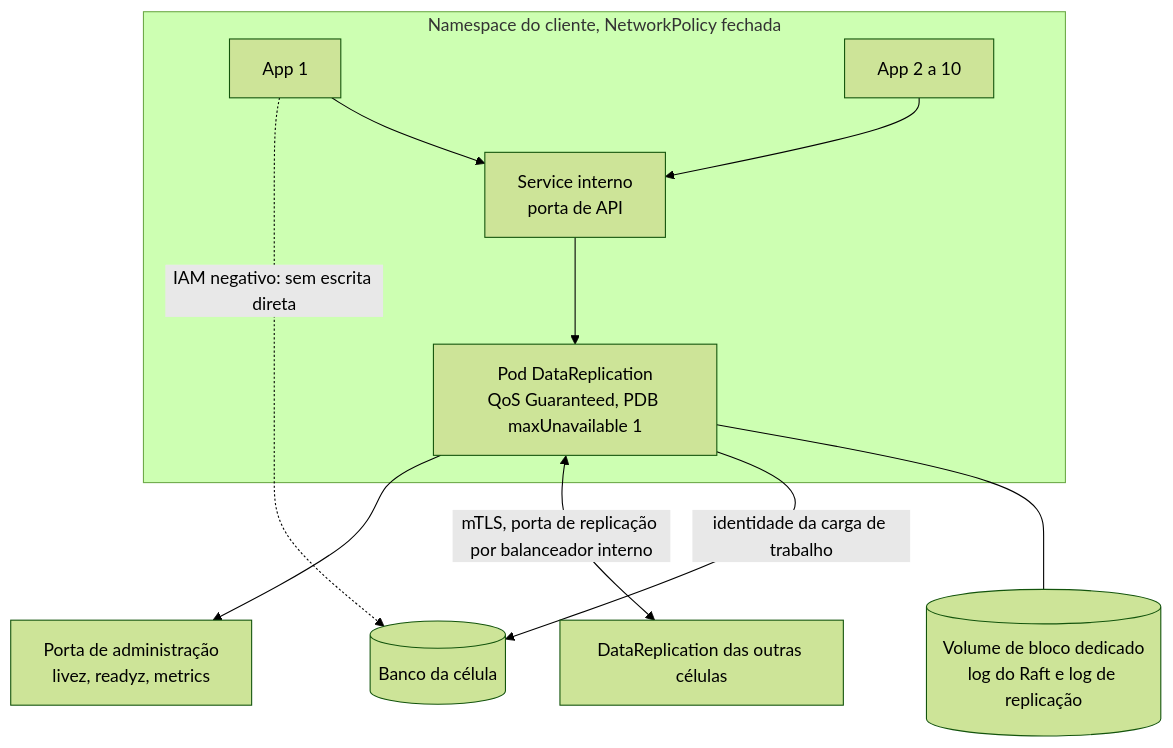
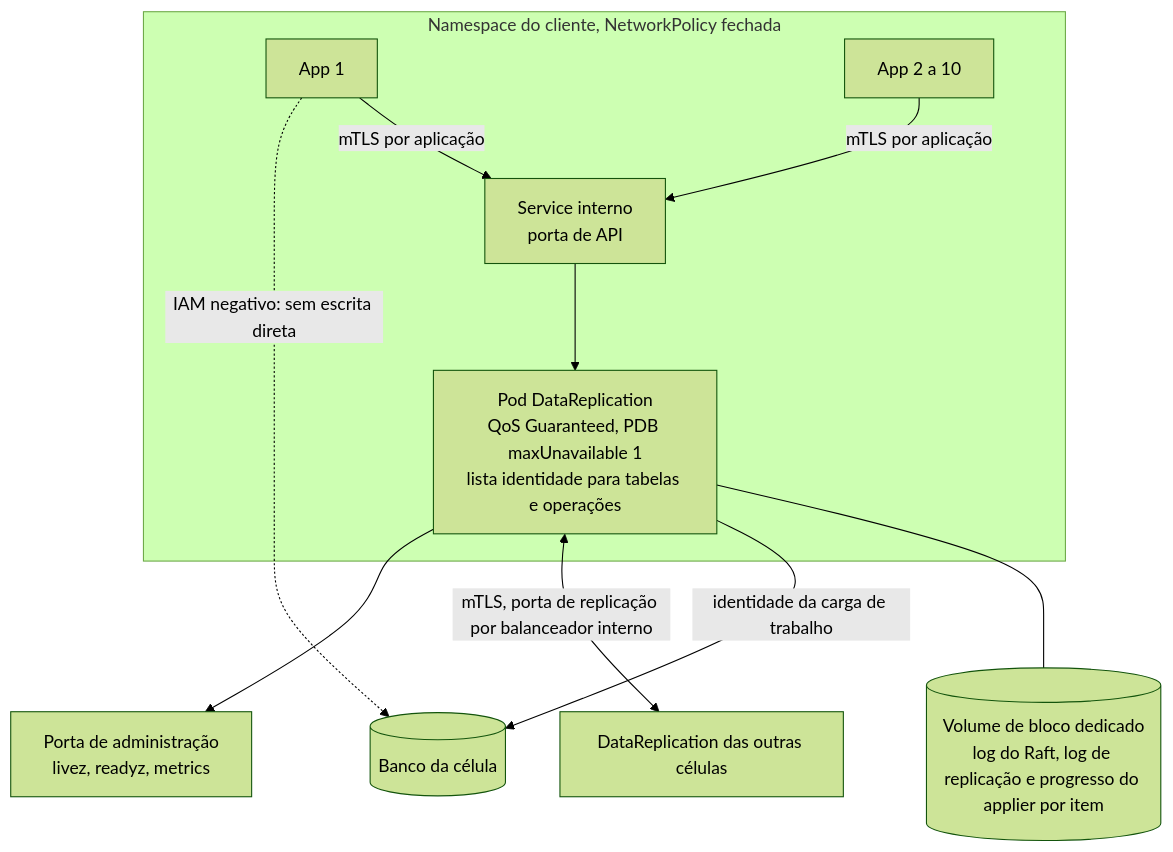
One commit to brbarmex/k changed the diagram in 04_diagramas/D02-implantacao-da-celula.md. Above: the diagram before and after it, drawn with Mermaid (forest theme). The commit also changed other lines of this file and 139 other files, not shown here.

First line of the commit message:
Adiciona DataReplication v1: pacote de arquitetura com as decisões da revisão crítica de 13/10

````diff
--- a/04_diagramas/D02-implantacao-da-celula.md
+++ b/04_diagramas/D02-implantacao-da-celula.md
@@ -9,13 +9,13 @@
 ```mermaid
 flowchart TD
     subgraph NS["Namespace do cliente, NetworkPolicy fechada"]
-        A1["App 1"] --> SVC["Service interno<br/>porta de API"]
-        A2["App 2 a 10"] --> SVC
-        SVC --> POD["Pod DataReplication<br/>QoS Guaranteed, PDB maxUnavailable 1"]
+        A1["App 1"] -->|"mTLS por aplicação"| SVC["Service interno<br/>porta de API"]
+        A2["App 2 a 10"] -->|"mTLS por aplicação"| SVC
+        SVC --> POD["Pod DataReplication<br/>QoS Guaranteed, PDB maxUnavailable 1<br/>lista identidade para tabelas e operações"]
     end
-    POD --- VOL[("Volume de bloco dedicado<br/>log do Raft e log de replicação")]
+    POD --- VOL[("Volume de bloco dedicado<br/>log do Raft, log de replicação e progresso do applier por item")]
     POD -->|"identidade da carga de trabalho"| DB[("Banco da célula")]
     POD <-->|"mTLS, porta de replicação por balanceador interno"| PEERS["DataReplication das outras células"]
     POD --> ADM["Porta de administração<br/>livez, readyz, metrics"]
     A1 -. "IAM negativo: sem escrita direta" .-> DB
 ```
````
